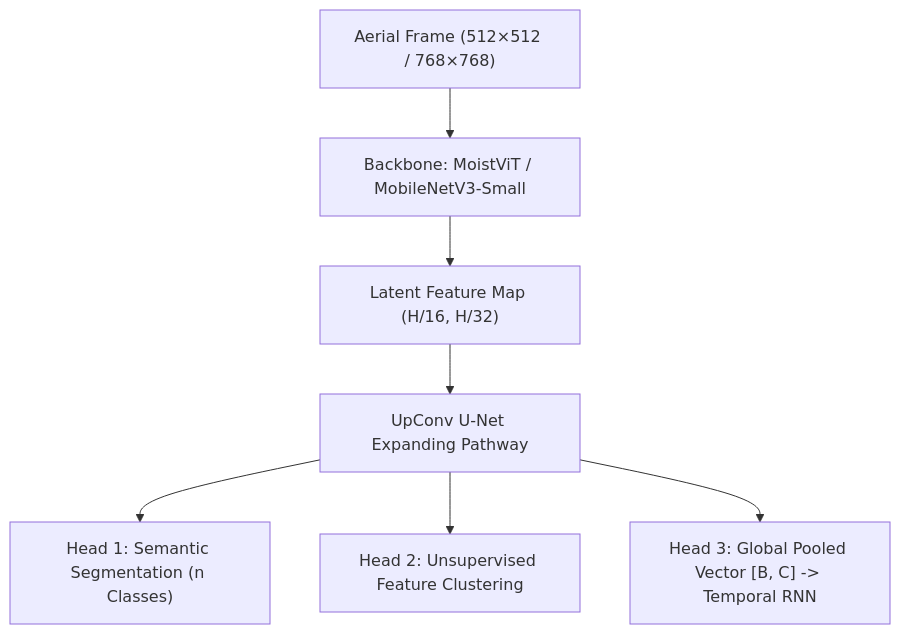
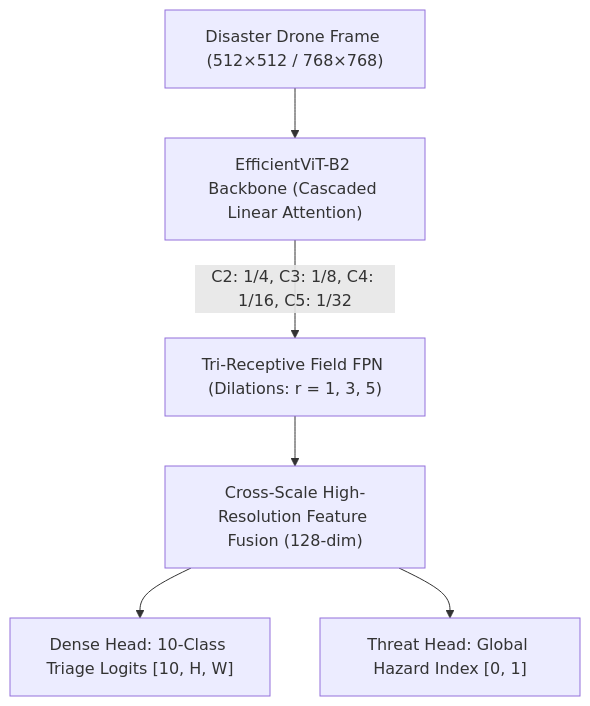
The second of 2 diagrams in README.md (AhmadHasssan9181/MoistMachine), drawn with Mermaid before and after one commit. The commit also changed other lines of this file and 5 other files, not shown here.

````diff
--- a/README.md
+++ b/README.md
@@ -61,10 +112,9 @@
 ```mermaid
 graph TD
-    Input["Aerial Frame (512×512 / 768×768)"] --> Encoder["Backbone: MoistViT / MobileNetV3-Small"]
-    Encoder --> Bottleneck["Latent Feature Map (H/16, H/32)"]
-    Bottleneck --> Decoder["UpConv U-Net Expanding Pathway"]
+    Input["Disaster Drone Frame (512×512 / 768×768)"] --> Backbone["EfficientViT-B2 Backbone (Cascaded Linear Attention)"]
+    Backbone --> |C2: 1/4, C3: 1/8, C4: 1/16, C5: 1/32| TRFPN["Tri-Receptive Field FPN (Dilations: r = 1, 3, 5)"]
+    TRFPN --> Fusion["Cross-Scale High-Resolution Feature Fusion (128-dim)"]
     
-    Decoder --> Head1["Head 1: Semantic Segmentation (n Classes)"]
-    Decoder --> Head2["Head 2: Unsupervised Feature Clustering"]
-    Decoder --> Head3["Head 3: Global Pooled Vector [B, C] -> Temporal RNN"]
+    Fusion --> Head1["Dense Head: 10-Class Triage Logits [10, H, W]"]
+    Fusion --> Head2["Threat Head: Global Hazard Index [0, 1]"]
 ```
````
